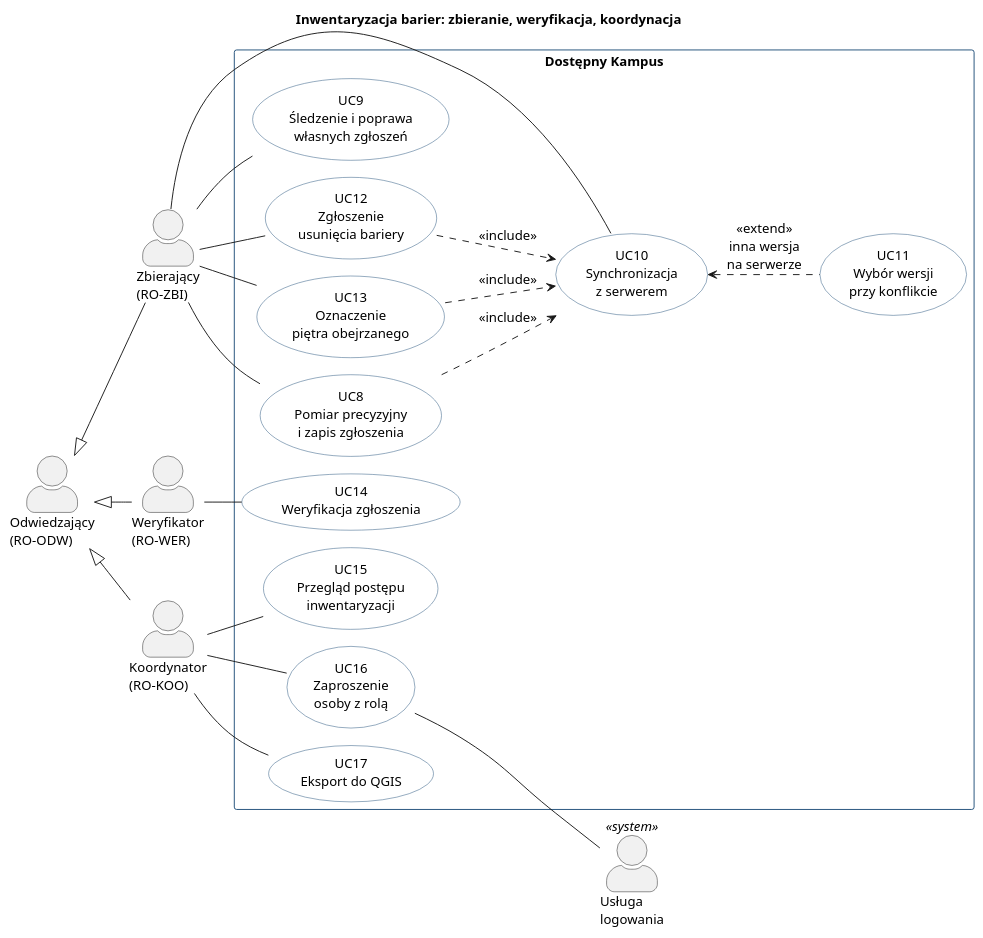
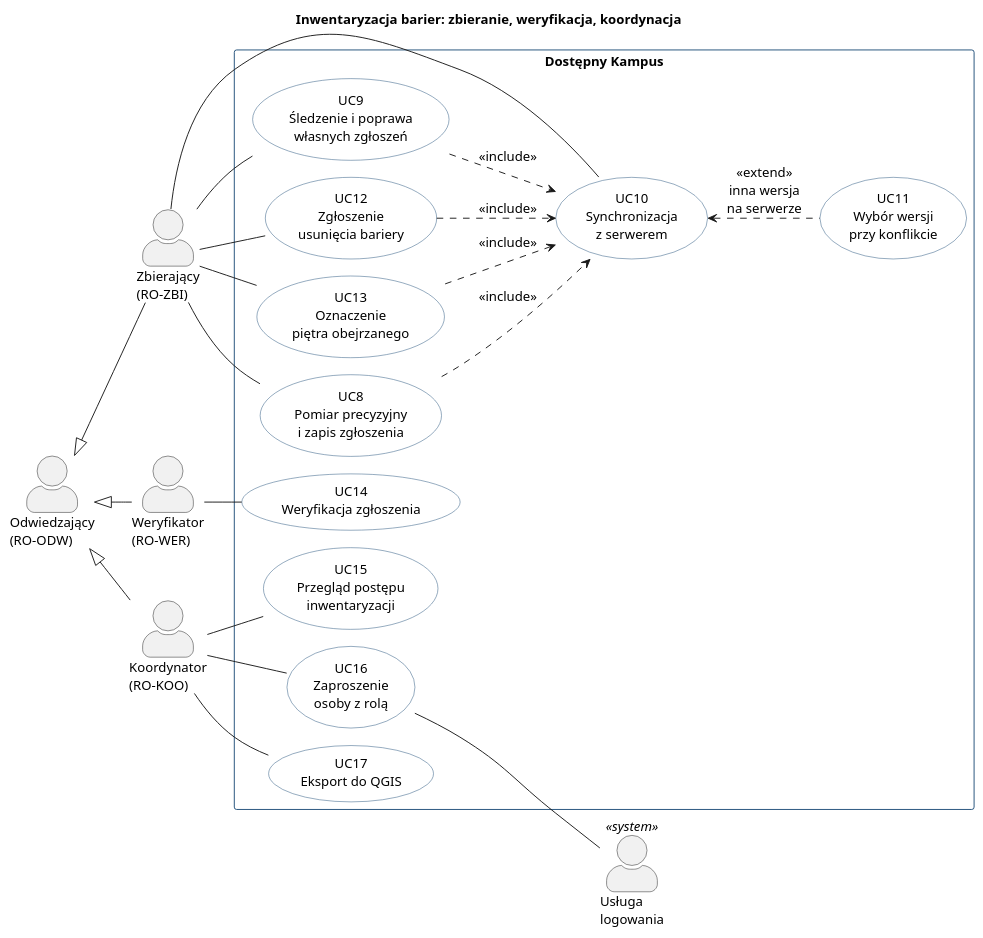
Before and after one commit to dostepny-kampus/dostepny-kampus: the diagram in docs/docs/wymagania/przypadki-uzycia-zespol.puml, drawn with PlantUML. The commit also changed 1 other file, not shown here.

```diff
--- a/docs/docs/wymagania/przypadki-uzycia-zespol.puml
+++ b/docs/docs/wymagania/przypadki-uzycia-zespol.puml
@@ -1,57 +1,58 @@
 @startuml
 !pragma layout smetana
 left to right direction
 skinparam defaultFontName Arial
 skinparam defaultFontSize 14
 skinparam shadowing false
 skinparam actorStyle awesome
 skinparam usecase {
   BackgroundColor #FFFFFF
   BorderColor #1F4E79
 }
 skinparam rectangle {
   BorderColor #1F4E79
 }
 
 title Inwentaryzacja barier: zbieranie, weryfikacja, koordynacja
 
 actor "Odwiedzający\n(RO-ODW)" as ODW
 actor "Zbierający\n(RO-ZBI)" as ZBI
 actor "Weryfikator\n(RO-WER)" as WER
 actor "Koordynator\n(RO-KOO)" as KOO
 actor "Usługa\nlogowania" as UL <<system>>
 
 ODW <|-- ZBI
 ODW <|-- WER
 ODW <|-- KOO
 
 rectangle "Dostępny Kampus" {
   usecase "UC8\nPomiar precyzyjny\ni zapis zgłoszenia" as UC8
   usecase "UC9\nŚledzenie i poprawa\nwłasnych zgłoszeń" as UC9
   usecase "UC12\nZgłoszenie\nusunięcia bariery" as UC12
   usecase "UC13\nOznaczenie\npiętra obejrzanego" as UC13
   usecase "UC10\nSynchronizacja\nz serwerem" as UC10
   usecase "UC11\nWybór wersji\nprzy konflikcie" as UC11
   usecase "UC14\nWeryfikacja zgłoszenia" as UC14
   usecase "UC15\nPrzegląd postępu\ninwentaryzacji" as UC15
   usecase "UC16\nZaproszenie\nosoby z rolą" as UC16
   usecase "UC17\nEksport do QGIS" as UC17
 }
 
 ZBI -- UC8
 ZBI -- UC9
 ZBI -- UC12
 ZBI -- UC13
 ZBI -- UC10
 WER -- UC14
 KOO -- UC15
 KOO -- UC16
 KOO -- UC17
 
 UC8 ..> UC10 : <<include>>
+UC9 ..> UC10 : <<include>>
 UC12 ..> UC10 : <<include>>
 UC13 ..> UC10 : <<include>>
 UC10 <.. UC11 : <<extend>>\ninna wersja\nna serwerze
 
 UC16 -- UL
 @enduml
```
